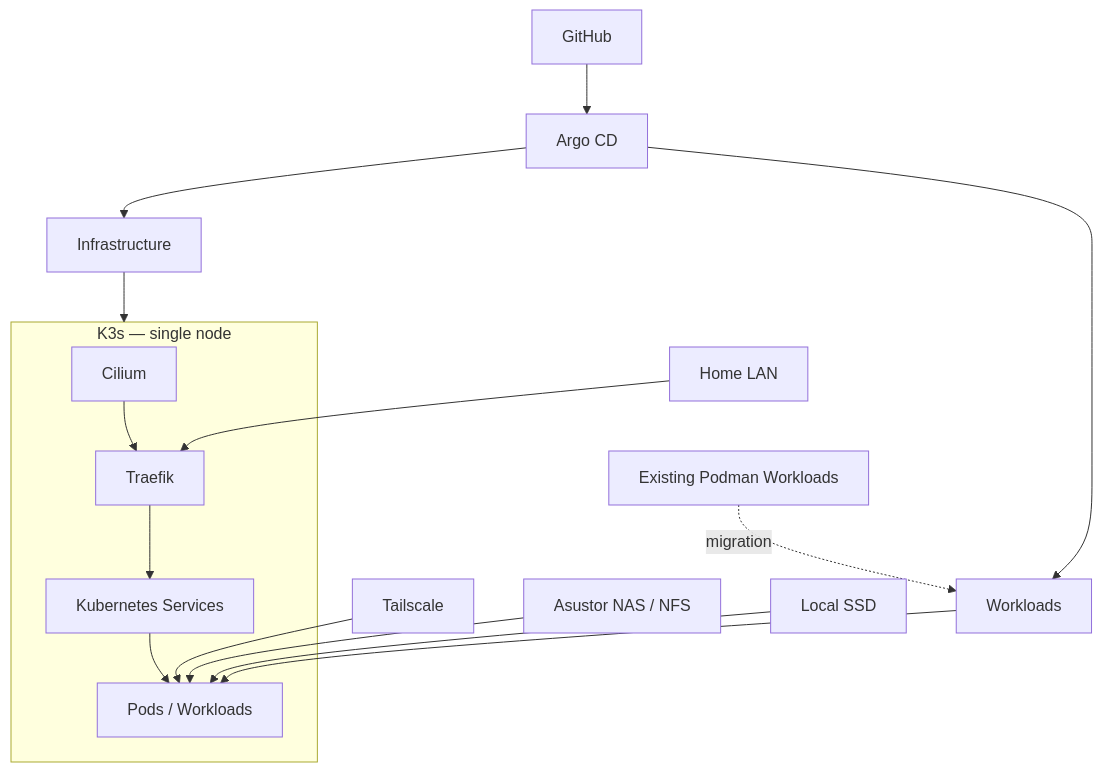
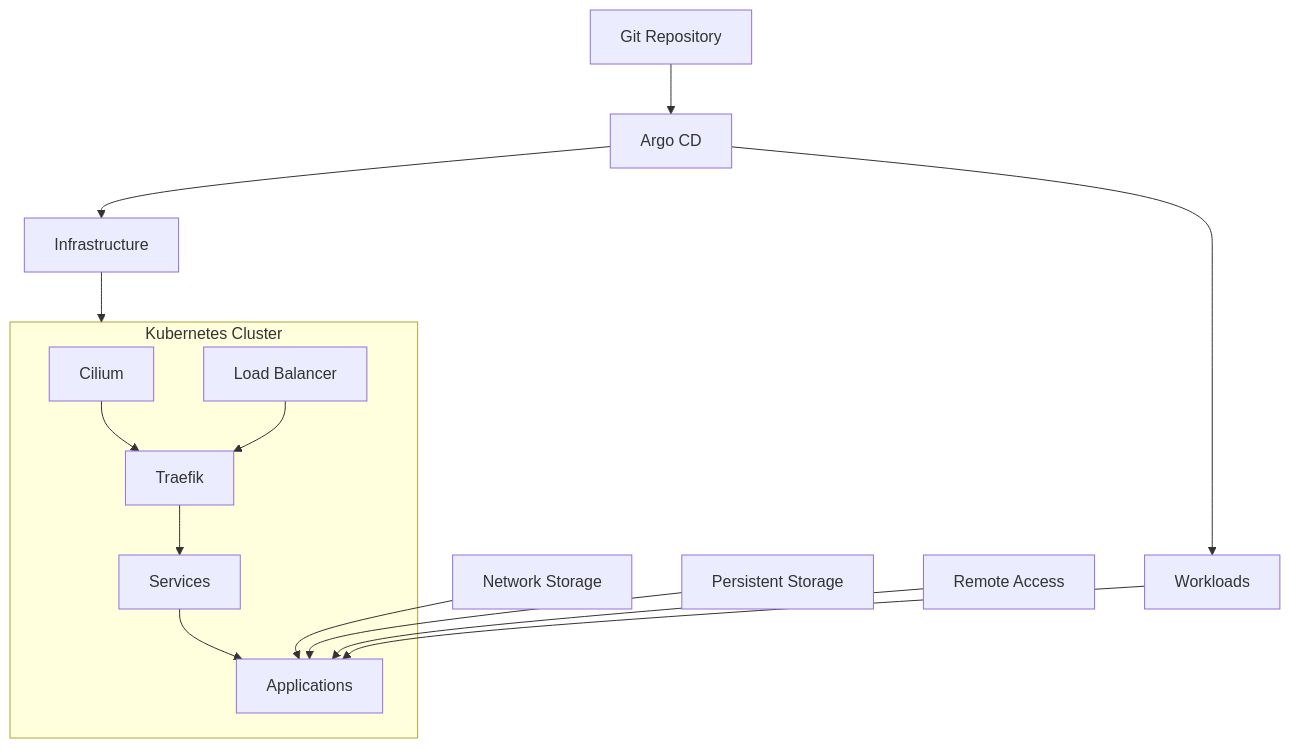
Before and after one commit to shatadru/homelab: the diagram in README.md, drawn with Mermaid. The commit also changed other lines of this file, not shown here.

````diff
--- a/README.md
+++ b/README.md
@@ -10,23 +10,23 @@
 ```mermaid
 graph TD
-    G[GitHub] --> A[Argo CD]
+    G[Git Repository] --> A[Argo CD]
     A --> I[Infrastructure]
     A --> W[Workloads]
 
-    subgraph K[K3s — single node]
+    subgraph K[Kubernetes Cluster]
         C[Cilium]
+        LB[Load Balancer]
         T[Traefik]
-        S[Kubernetes Services]
-        P[Pods / Workloads]
-        C --> T --> S --> P
+        S[Services]
+        P[Applications]
+        C --> T
+        LB --> T
+        T --> S --> P
     end
 
     I --> K
     W --> P
-    L[Home LAN] --> T
-    R[Tailscale] --> P
-    N[Asustor NAS / NFS] --> P
-    D[Local SSD] --> P
-
-    X[Existing Podman Workloads] -. migration .-> W
+    N[Network Storage] --> P
+    D[Persistent Storage] --> P
+    R[Remote Access] --> P
 ```
````
